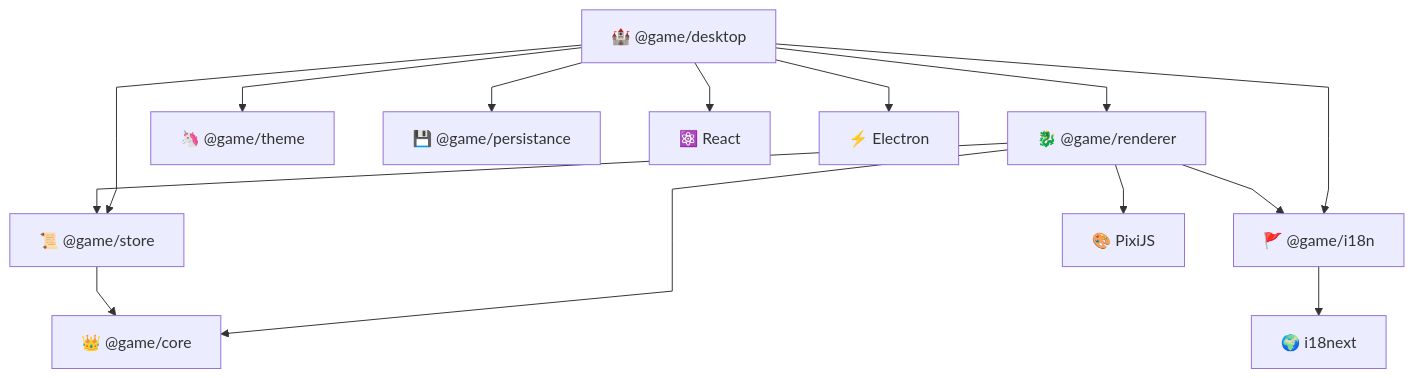
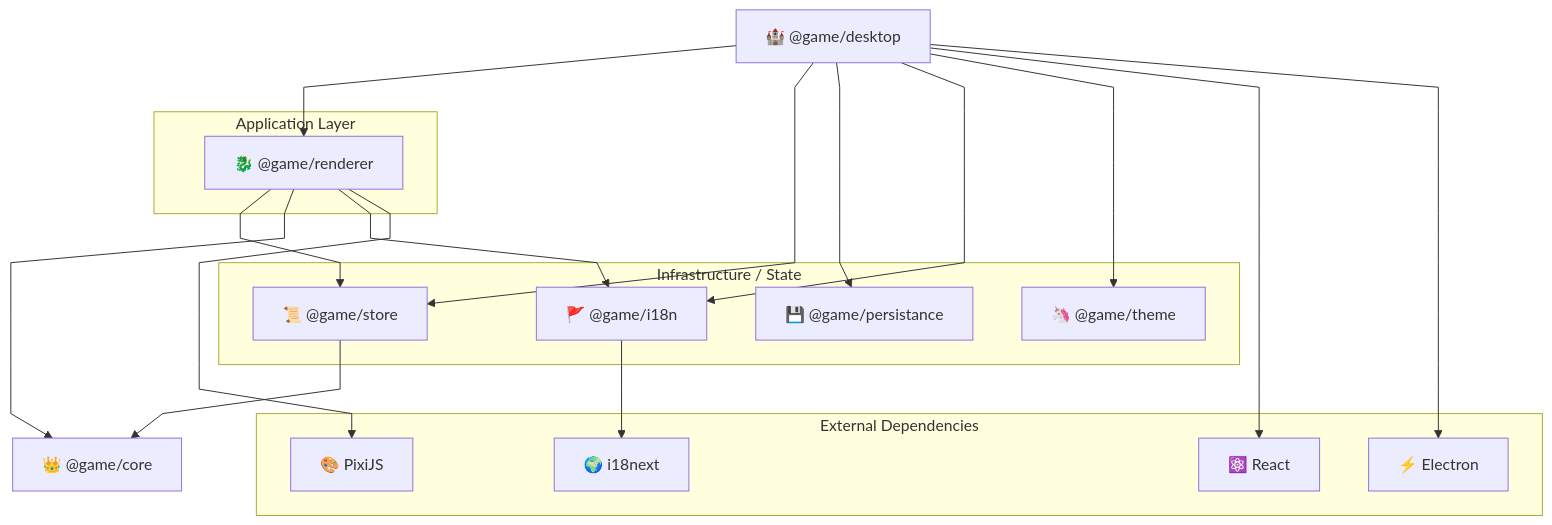
The first of 2 diagrams in README.md (maxnes3/how-to-heal-game-project-monorepo), drawn with Mermaid before and after one commit.

Commit message:
chore: enhance architecture diagram by organizing components into application and infrastructure layers

````diff
--- a/README.md
+++ b/README.md
@@ -7,34 +7,44 @@
 ```mermaid
 %%{init: {"flowchart": {"curve": "linear"}}}%%
 flowchart TB
+
     Desktop["🏰 @game/desktop"]
 
-    Renderer["🐉 @game/renderer"]
+    subgraph APPLICATION["Application Layer"]
+        Renderer["🐉 @game/renderer"]
+    end
+
+    subgraph INFRASTRUCTURE["Infrastructure / State"]
+        Store["📜 @game/store"]
+        Persistance["💾 @game/persistance"]
+        I18n["🚩 @game/i18n"]
+        Theme["🦄 @game/theme"]
+    end
+
     Core["👑 @game/core"]
-    Store["📜 @game/store"]
-    I18n["🚩 @game/i18n"]
-    Theme["🦄 @game/theme"]
-    Persistance["💾 @game/persistance"]
 
-    React["⚛️ React"]
-    Electron["⚡ Electron"]
-    Pixi["🎨 PixiJS"]
-    I18next["🌍 i18next"]
+    subgraph EXTERNAL["External Dependencies"]
+        React["⚛️ React"]
+        Electron["⚡ Electron"]
+        Pixi["🎨 PixiJS"]
+        I18next["🌍 i18next"]
+    end
 
     Desktop --> Renderer
     Desktop --> Store
+    Desktop --> Persistance
     Desktop --> I18n
     Desktop --> Theme
-    Desktop --> Persistance
+
     Desktop --> React
     Desktop --> Electron
 
+    Renderer --> Store
     Renderer --> Core
-    Renderer --> Store
     Renderer --> I18n
     Renderer --> Pixi
 
     Store --> Core
 
     I18n --> I18next
 ```
````
